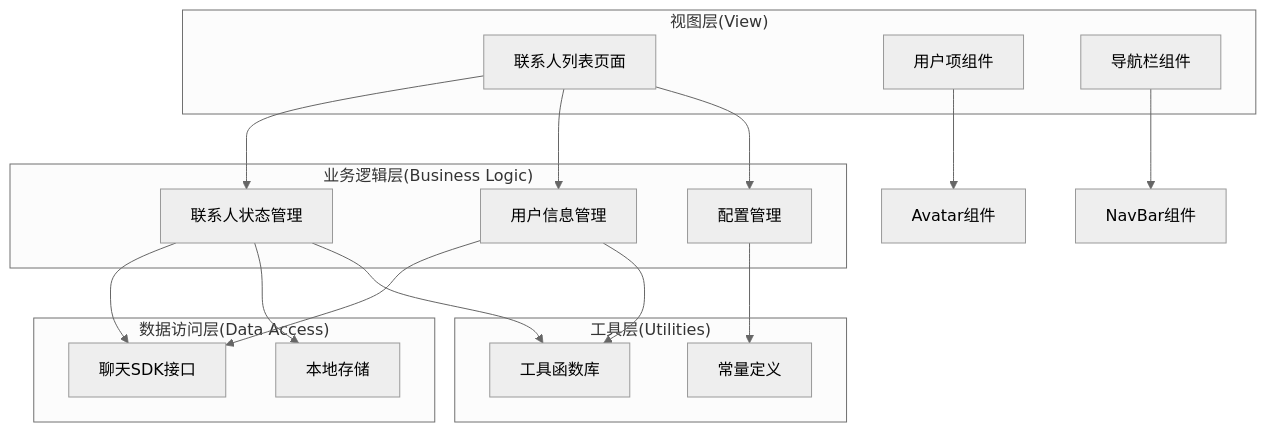
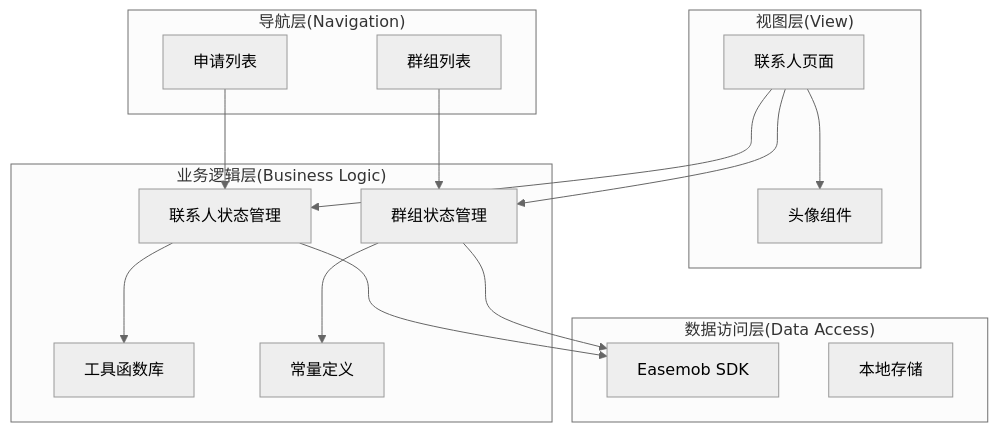
One commit to Easemob-Community/easemob-uikit-uniapp-community changed the second of 7 diagrams in .qoder/repowiki/zh/content/Contacts Page.md. Above: the diagram before and after it, drawn with Mermaid (neutral theme). The commit also changed other lines of this file and 5 other files, not shown here.

Commit message:
fix: add conditional compilation for contacts page - use IndexedList for non-MP, inline render for MP

````diff
--- a/.qoder/repowiki/zh/content/Contacts Page.md
+++ b/.qoder/repowiki/zh/content/Contacts Page.md
@@ -121,32 +112,30 @@
 ```mermaid
 graph TB
 subgraph "视图层(View)"
-ContactList[联系人列表页面]
-UserItem[用户项组件]
-ContactNav[导航栏组件]
+ContactsPage[联系人页面]
+Avatar[头像组件]
 end
 subgraph "业务逻辑层(Business Logic)"
 ContactStore[联系人状态管理]
-AppUserStore[用户信息管理]
-ConfigStore[配置管理]
+GroupStore[群组状态管理]
+Utils[工具函数库]
+Const[常量定义]
 end
 subgraph "数据访问层(Data Access)"
-SDK[聊天SDK接口]
+SDK[Easemob SDK]
 LocalStorage[本地存储]
 end
-subgraph "工具层(Utilities)"
-Utils[工具函数库]
-Constants[常量定义]
+subgraph "导航层(Navigation)"
+ContactRequestList[申请列表]
+GroupList[群组列表]
 end
-ContactList --> ContactStore
-ContactList --> AppUserStore
-ContactList --> ConfigStore
+ContactsPage --> Avatar
+ContactsPage --> ContactStore
+ContactsPage --> GroupStore
 ContactStore --> SDK
-AppUserStore --> SDK
-ContactStore --> LocalStorage
-UserItem --> Avatar[Avatar组件]
-ContactNav --> NavBar[NavBar组件]
+GroupStore --> SDK
 ContactStore --> Utils
-AppUserStore --> Utils
-ConfigStore --> Constants
+GroupStore --> Const
+ContactRequestList --> ContactStore
+GroupList --> GroupStore
 ```
````
